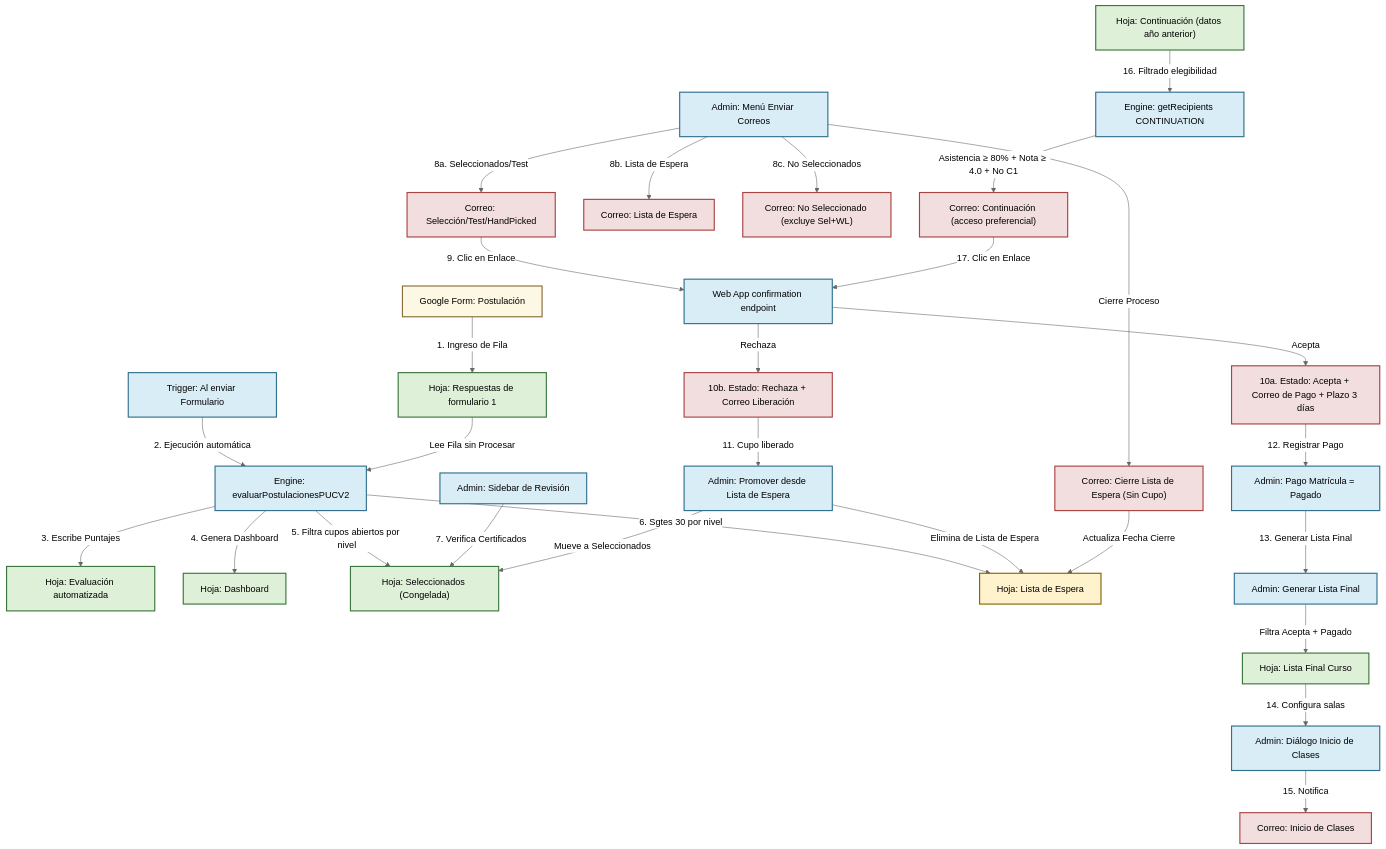
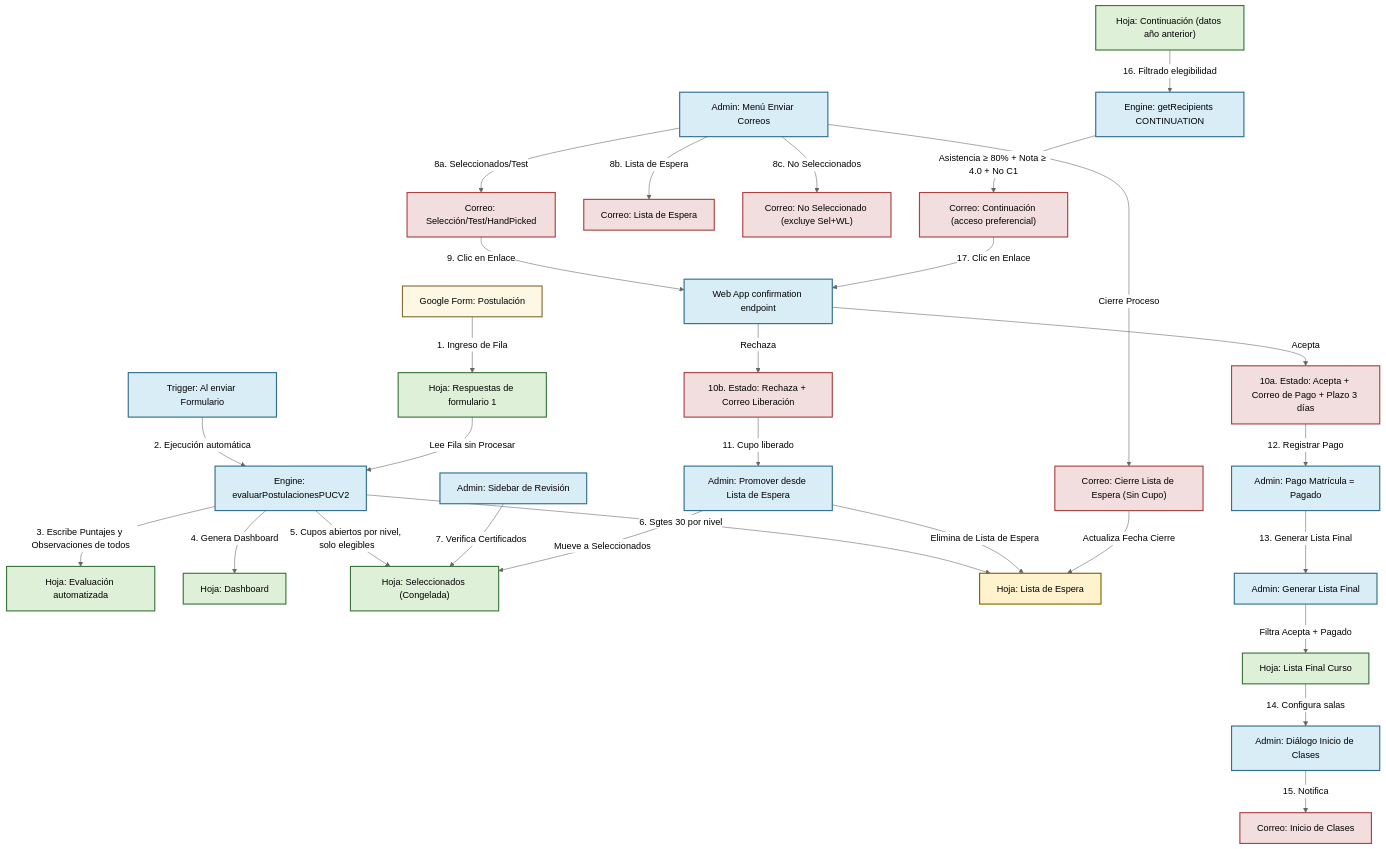
One commit to Luccat1/PUCV2 changed the diagram in docs/logical-flow.md. Above: the diagram before and after it, drawn with Mermaid (neutral theme). The commit also changed other lines of this file and 10 other files, not shown here.

````diff
--- a/docs/logical-flow.md
+++ b/docs/logical-flow.md
@@ -11,46 +11,46 @@
 ```mermaid
 graph TD
     classDef process fill:#d9edf7,stroke:#31708f,stroke-width:2px;
     classDef input fill:#fcf8e3,stroke:#8a6d3b,stroke-width:2px;
     classDef sheet fill:#dff0d8,stroke:#3c763d,stroke-width:2px;
     classDef action fill:#f2dede,stroke:#a94442,stroke-width:2px;
     classDef waitlist fill:#fff3cd,stroke:#856404,stroke-width:2px;
 
     Form["Google Form: Postulación"]:::input -->|1. Ingreso de Fila| SheetInput["Hoja: Respuestas de formulario 1"]:::sheet
     Trigger["Trigger: Al enviar Formulario"]:::process -->|2. Ejecución automática| Eval["Engine: evaluarPostulacionesPUCV2"]:::process
     SheetInput -->|Lee Fila sin Procesar| Eval
 
-    Eval -->|3. Escribe Puntajes| SheetOutput["Hoja: Evaluación automatizada"]:::sheet
+    Eval -->|3. Escribe Puntajes y Observaciones de todos| SheetOutput["Hoja: Evaluación automatizada"]:::sheet
     Eval -->|4. Genera Dashboard| SheetDash["Hoja: Dashboard"]:::sheet
-    Eval -->|5. Filtra cupos abiertos por nivel| SheetSelected["Hoja: Seleccionados (Congelada)"]:::sheet
+    Eval -->|5. Cupos abiertos por nivel, solo elegibles| SheetSelected["Hoja: Seleccionados (Congelada)"]:::sheet
     Eval -->|6. Sgtes 30 por nivel| SheetWaitlist["Hoja: Lista de Espera"]:::waitlist
 
     AdminRev["Admin: Sidebar de Revisión"]:::process -->|7. Verifica Certificados| SheetSelected
 
     AdminSend["Admin: Menú Enviar Correos"]:::process -->|8a. Seleccionados/Test| EmailSelected["Correo: Selección/Test/HandPicked"]:::action
     AdminSend -->|8b. Lista de Espera| EmailWaitlist["Correo: Lista de Espera"]:::action
     AdminSend -->|8c. No Seleccionados| EmailRejected["Correo: No Seleccionado (excluye Sel+WL)"]:::action
 
     EmailSelected -->|9. Clic en Enlace| WebAppConfirm["Web App confirmation endpoint"]:::process
 
     WebAppConfirm -->|Acepta| AcceptFlow["10a. Estado: Acepta + Correo de Pago + Plazo 3 días"]:::action
     WebAppConfirm -->|Rechaza| RejectFlow["10b. Estado: Rechaza + Correo Liberación"]:::action
 
     RejectFlow -->|11. Cupo liberado| Promote["Admin: Promover desde Lista de Espera"]:::process
     Promote -->|Mueve a Seleccionados| SheetSelected
     Promote -->|Elimina de Lista de Espera| SheetWaitlist
 
     AcceptFlow -->|12. Registrar Pago| PaymentCheck["Admin: Pago Matrícula = Pagado"]:::process
     PaymentCheck -->|13. Generar Lista Final| FinalListGen["Admin: Generar Lista Final"]:::process
     FinalListGen -->|Filtra Acepta + Pagado| SheetFinal["Hoja: Lista Final Curso"]:::sheet
 
     SheetFinal -->|14. Configura salas| DialogSalas["Admin: Diálogo Inicio de Clases"]:::process
     DialogSalas -->|15. Notifica| EmailStart["Correo: Inicio de Clases"]:::action
 
     AdminSend -->|Cierre Proceso| EmailClosure["Correo: Cierre Lista de Espera (Sin Cupo)"]:::action
     EmailClosure -->|Actualiza Fecha Cierre| SheetWaitlist
 
     SheetCont["Hoja: Continuación (datos año anterior)"]:::sheet -->|16. Filtrado elegibilidad| ContinuationFilter["Engine: getRecipients CONTINUATION"]:::process
     ContinuationFilter -->|Asistencia ≥ 80% + Nota ≥ 4.0 + No C1| EmailContinuation["Correo: Continuación (acceso preferencial)"]:::action
     EmailContinuation -->|17. Clic en Enlace| WebAppConfirm
 ```
````
